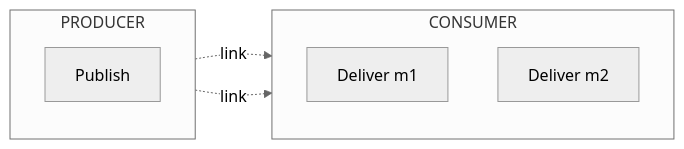
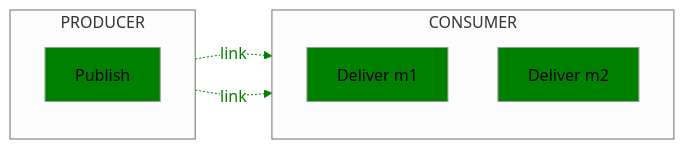
One commit to open-telemetry/oteps changed the seventh of 13 diagrams in text/trace/0220-messaging-semantic-conventions-span-structure.md. Above: the diagram before and after it, drawn with Mermaid (neutral theme). The commit also changed other lines of this file, not shown here.

Commit message:
Fix mermaid colors

````diff
--- a/text/trace/0220-messaging-semantic-conventions-span-structure.md
+++ b/text/trace/0220-messaging-semantic-conventions-span-structure.md
@@ -393,14 +412,18 @@
 ```mermaid
 flowchart LR;
   subgraph PRODUCER
   direction TB
   P[Publish]
   end
   subgraph CONSUMER
   direction TB
   DM1[Deliver m1]
   DM2[Deliver m2]
   end
   P-. link .->DM1;
   P-. link .->DM2;
+
+  classDef normal fill:green
+  class P,DM1,DM2 normal
+  linkStyle 0,1 color:green,stroke:green
 ```
````
